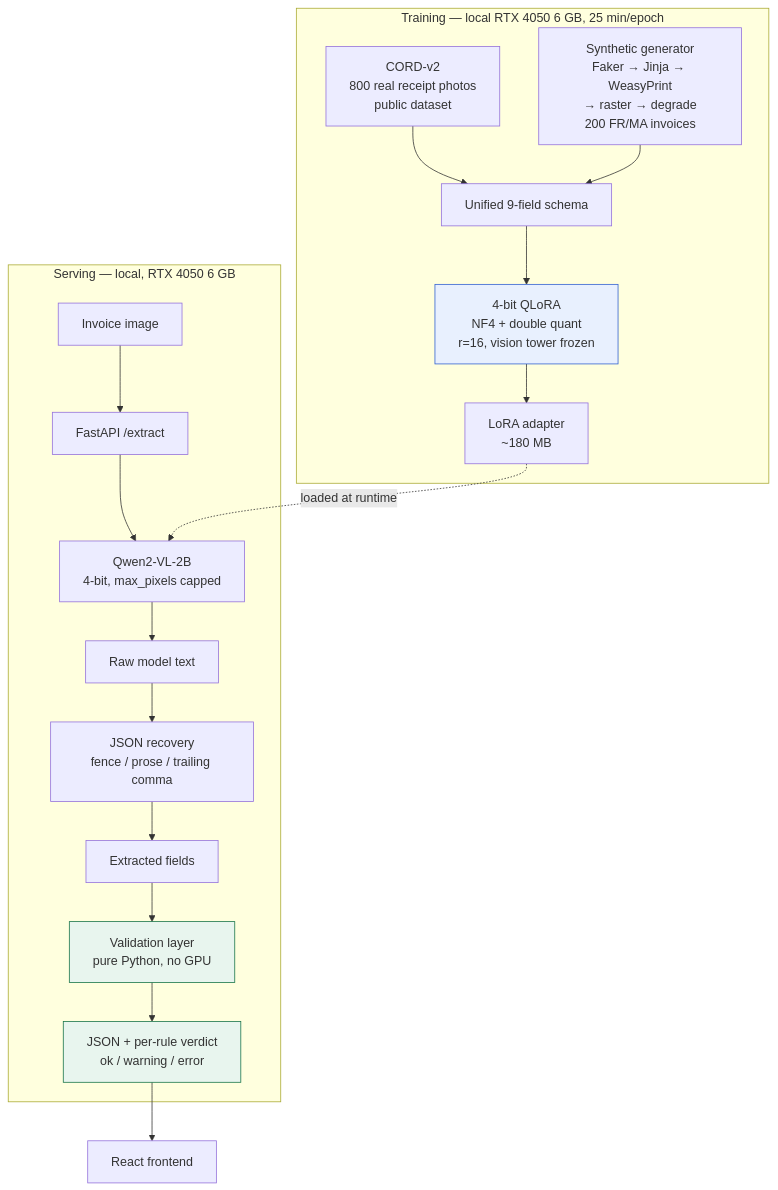
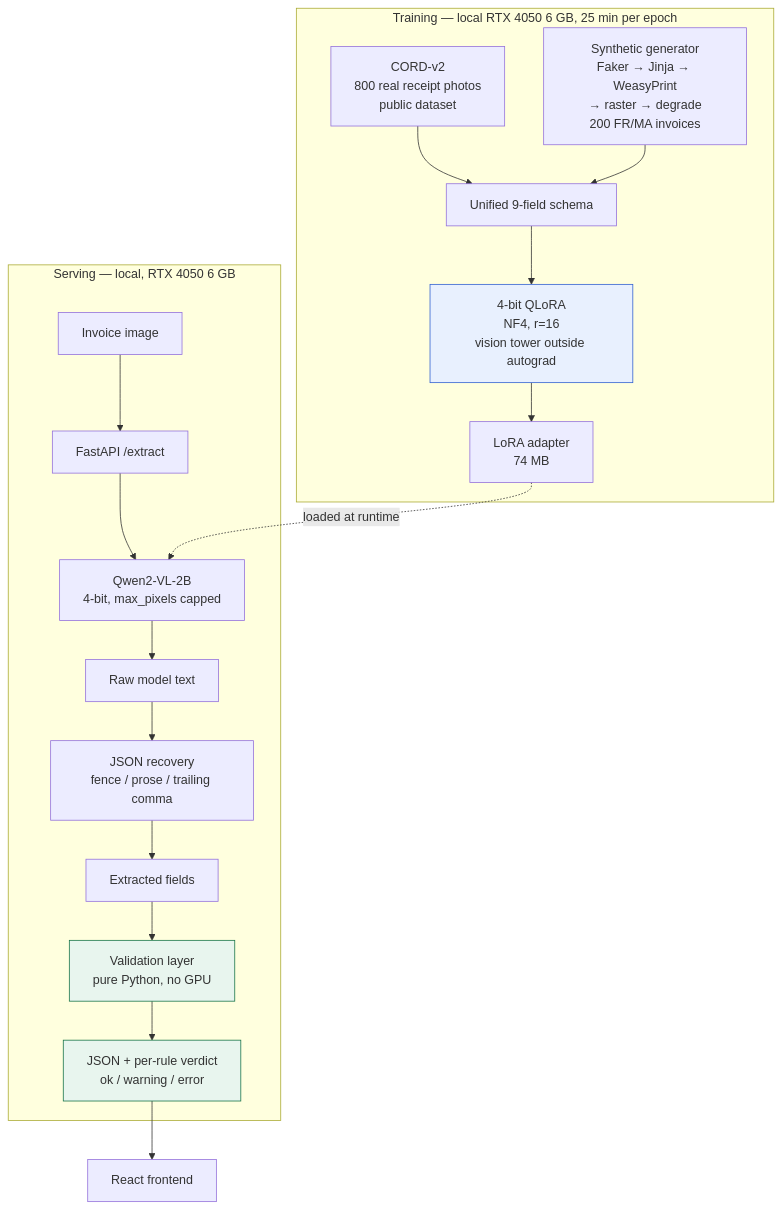
Before and after one commit to Israe236/invoice-extraction: the diagram in README.md, drawn with Mermaid. The commit also changed other lines of this file and 12 other files, not shown here.

````diff
--- a/README.md
+++ b/README.md
@@ -34,28 +42,28 @@
 ```mermaid
 flowchart TB
-    subgraph training ["Training — local RTX 4050 6 GB, 25 min/epoch"]
+    subgraph training ["Training — local RTX 4050 6 GB, 25 min per epoch"]
         CORD["CORD-v2<br/>800 real receipt photos<br/>public dataset"]
         SYNTH["Synthetic generator<br/>Faker → Jinja → WeasyPrint<br/>→ raster → degrade<br/>200 FR/MA invoices"]
         CORD --> MIX["Unified 9-field schema"]
         SYNTH --> MIX
-        MIX --> QLORA["4-bit QLoRA<br/>NF4 + double quant<br/>r=16, vision tower frozen"]
-        QLORA --> ADAPTER["LoRA adapter<br/>~180 MB"]
+        MIX --> QLORA["4-bit QLoRA<br/>NF4, r=16<br/>vision tower outside autograd"]
+        QLORA --> ADAPTER["LoRA adapter<br/>74 MB"]
     end
 
     subgraph serving ["Serving — local, RTX 4050 6 GB"]
         UPLOAD["Invoice image"] --> API["FastAPI /extract"]
         API --> VLM["Qwen2-VL-2B<br/>4-bit, max_pixels capped"]
         ADAPTER -.loaded at runtime.-> VLM
         VLM --> RAW["Raw model text"]
         RAW --> PARSE["JSON recovery<br/>fence / prose / trailing comma"]
         PARSE --> FIELDS["Extracted fields"]
         FIELDS --> RULES["Validation layer<br/>pure Python, no GPU"]
         RULES --> OUT["JSON + per-rule verdict<br/>ok / warning / error"]
     end
 
     OUT --> UI["React frontend"]
 
     style QLORA fill:#e8f0fe,stroke:#2f5fd0
     style RULES fill:#e8f5ee,stroke:#157347
     style OUT fill:#e8f5ee,stroke:#157347
 ```
````
